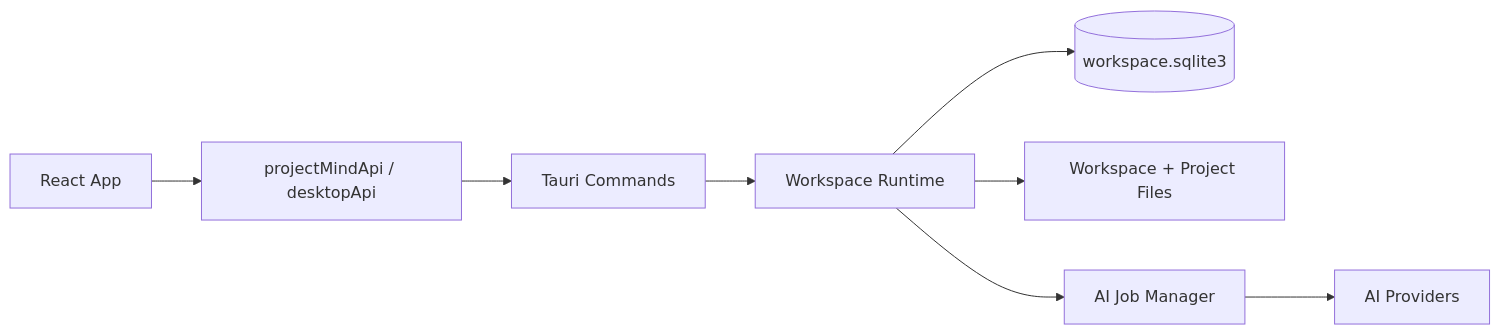
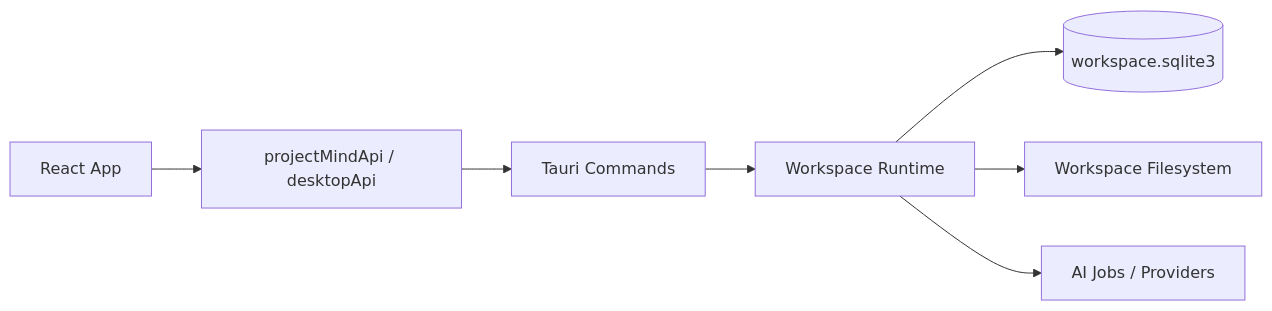
The diagram in docs/system-design.md (xuchen-cloud/project_mind), drawn with Mermaid before and after one commit. The commit also changed other lines of this file and 118 other files, not shown here.

````diff
--- a/docs/system-design.md
+++ b/docs/system-design.md
@@ -28,10 +26,9 @@
 ```mermaid
 flowchart LR
   A["React App"] --> B["projectMindApi / desktopApi"]
   B --> C["Tauri Commands"]
   C --> D["Workspace Runtime"]
   D --> E[("workspace.sqlite3")]
-  D --> F["Workspace + Project Files"]
-  D --> G["AI Job Manager"]
-  G --> H["AI Providers"]
+  D --> F["Workspace Filesystem"]
+  D --> G["AI Jobs / Providers"]
 ```
````
